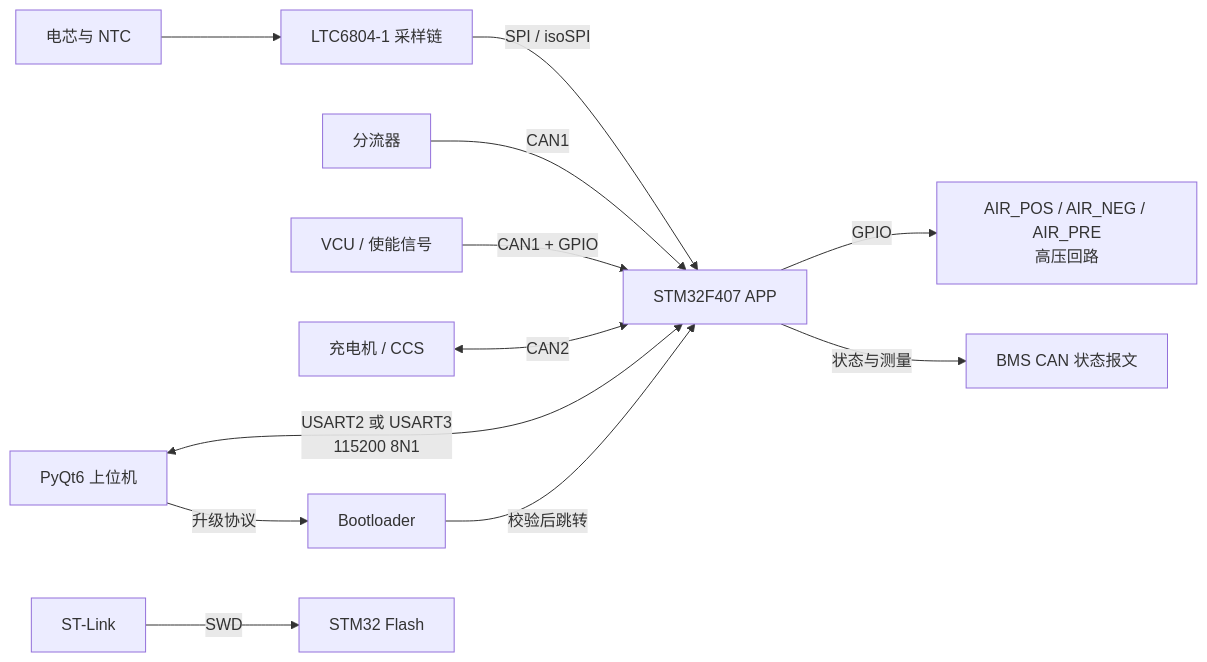
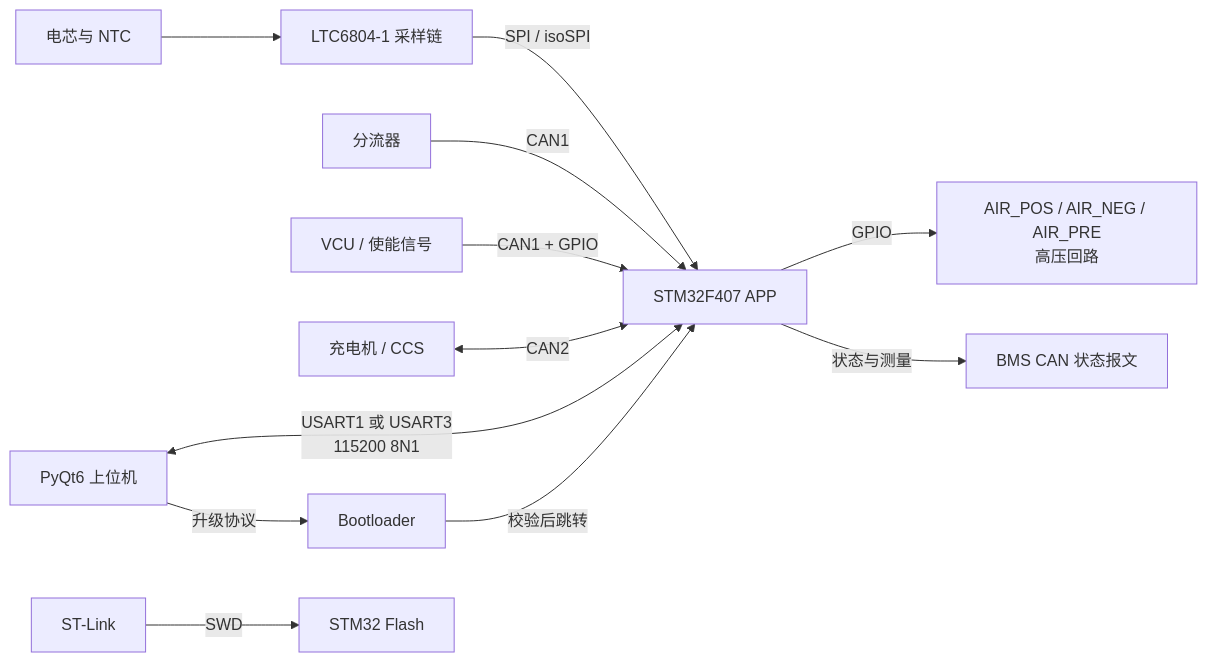
The first of 3 diagrams in SYSTEM_FRAMEWORK.md (Aurora-Electronic-BMS/BMS_RTT), drawn with Mermaid before and after one commit. The commit also changed other lines of this file and 187 other files, not shown here.

````diff
--- a/SYSTEM_FRAMEWORK.md
+++ b/SYSTEM_FRAMEWORK.md
@@ -19,14 +19,14 @@
 ```mermaid
 flowchart LR
     Cells["电芯与 NTC"] --> AFE["LTC6804-1 采样链"]
     AFE -->|"SPI / isoSPI"| APP["STM32F407 APP"]
     Shunt["分流器"] -->|"CAN1"| APP
     VCU["VCU / 使能信号"] -->|"CAN1 + GPIO"| APP
     Charger["充电机 / CCS"] <-->|"CAN2"| APP
     APP -->|"GPIO"| HV["AIR_POS / AIR_NEG / AIR_PRE\n高压回路"]
     APP -->|"状态与测量"| CANOut["BMS CAN 状态报文"]
-    Host["PyQt6 上位机"] <-->|"USART2 或 USART3\n115200 8N1"| APP
+    Host["PyQt6 上位机"] <-->|"USART1 或 USART3\n115200 8N1"| APP
     Host -->|"升级协议"| Boot["Bootloader"]
     Boot -->|"校验后跳转"| APP
     Probe["ST-Link"] -->|"SWD"| MCU["STM32 Flash"]
 ```
````
